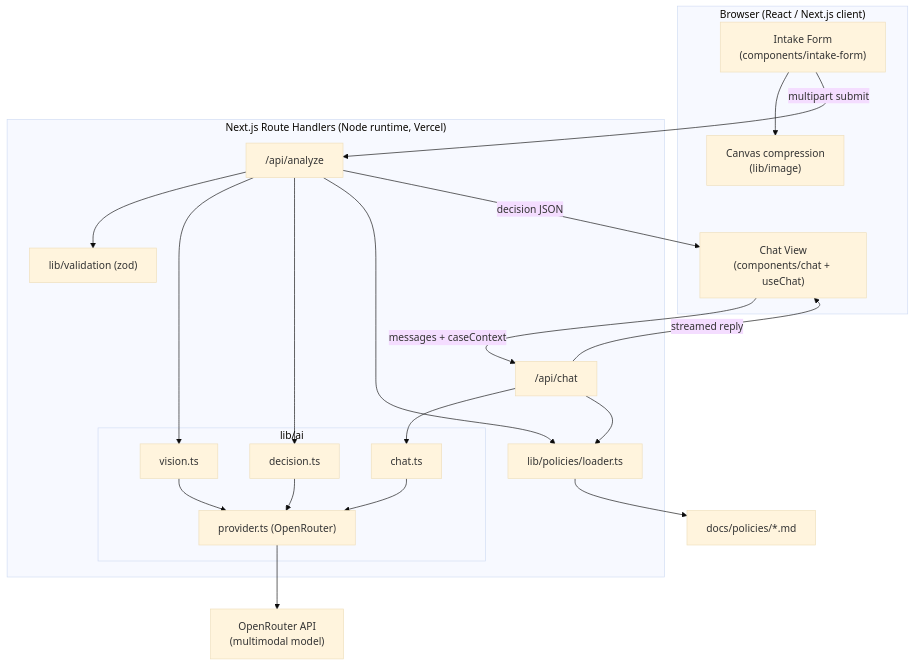
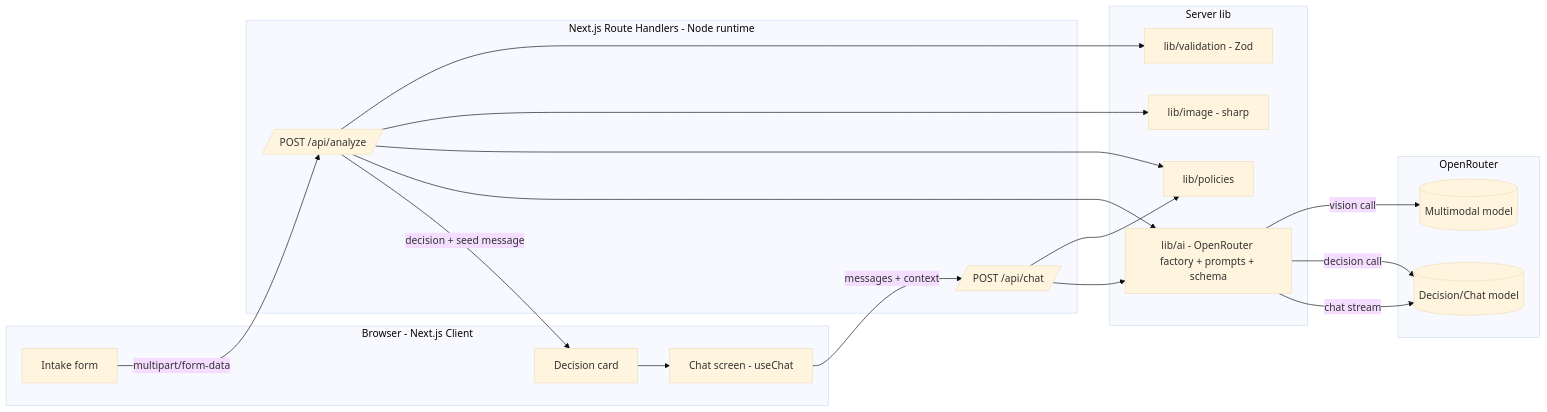
The first of 6 diagrams in docs/ADR/000-main-architecture.md (w-lowczecki/AI-Programming-Course-JSystem-15-06-2026), drawn with Mermaid (base theme) before and after one commit. The commit also changed other lines of this file and 10 other files, not shown here.

````diff
--- a/docs/ADR/000-main-architecture.md
+++ b/docs/ADR/000-main-architecture.md
@@ -301,38 +347,36 @@
 ```mermaid
-flowchart TB
-    subgraph Browser["Browser (React / Next.js client)"]
-        Form["Intake Form<br/>(components/intake-form)"]
-        Chat["Chat View<br/>(components/chat + useChat)"]
-        Compress["Canvas compression<br/>(lib/image)"]
-        Form --> Compress
+flowchart LR
+    subgraph Client[Browser - Next.js Client]
+      Form[Intake form]
+      Chat[Chat screen - useChat]
+      Card[Decision card]
+    end
+    subgraph Server[Next.js Route Handlers - Node runtime]
+      Analyze[/POST /api/analyze/]
+      ChatAPI[/POST /api/chat/]
+    end
+    subgraph Lib[Server lib]
+      Img[lib/image - sharp]
+      Val[lib/validation - Zod]
+      Pol[lib/policies]
+      AI[lib/ai - OpenRouter factory + prompts + schema]
+    end
+    subgraph OR[OpenRouter]
+      VM[(Multimodal model)]
+      DM[(Decision/Chat model)]
     end
 
-    subgraph Server["Next.js Route Handlers (Node runtime, Vercel)"]
-        Analyze["/api/analyze"]
-        ChatApi["/api/chat"]
-        subgraph AI["lib/ai"]
-            Vision["vision.ts"]
-            DecisionM["decision.ts"]
-            ChatM["chat.ts"]
-            Provider["provider.ts (OpenRouter)"]
-        end
-        Policies["lib/policies/loader.ts"]
-        Valid["lib/validation (zod)"]
-    end
-
-    OpenRouter["OpenRouter API<br/>(multimodal model)"]
-    PolicyFiles["docs/policies/*.md"]
-
-    Form -- "multipart submit" --> Analyze
-    Chat -- "messages + caseContext" --> ChatApi
-    Analyze --> Valid
-    Analyze --> Vision --> Provider
-    Analyze --> DecisionM --> Provider
-    Analyze --> Policies
-    ChatApi --> ChatM --> Provider
-    ChatApi --> Policies
-    Provider --> OpenRouter
-    Policies --> PolicyFiles
-    Analyze -- "decision JSON" --> Chat
-    ChatApi -- "streamed reply" --> Chat
+    Form -->|multipart/form-data| Analyze
+    Analyze --> Val
+    Analyze --> Img
+    Analyze --> Pol
+    Analyze --> AI
+    AI -->|vision call| VM
+    AI -->|decision call| DM
+    Analyze -->|decision + seed message| Card
+    Card --> Chat
+    Chat -->|messages + context| ChatAPI
+    ChatAPI --> Pol
+    ChatAPI --> AI
+    AI -->|chat stream| DM
 ```
````
